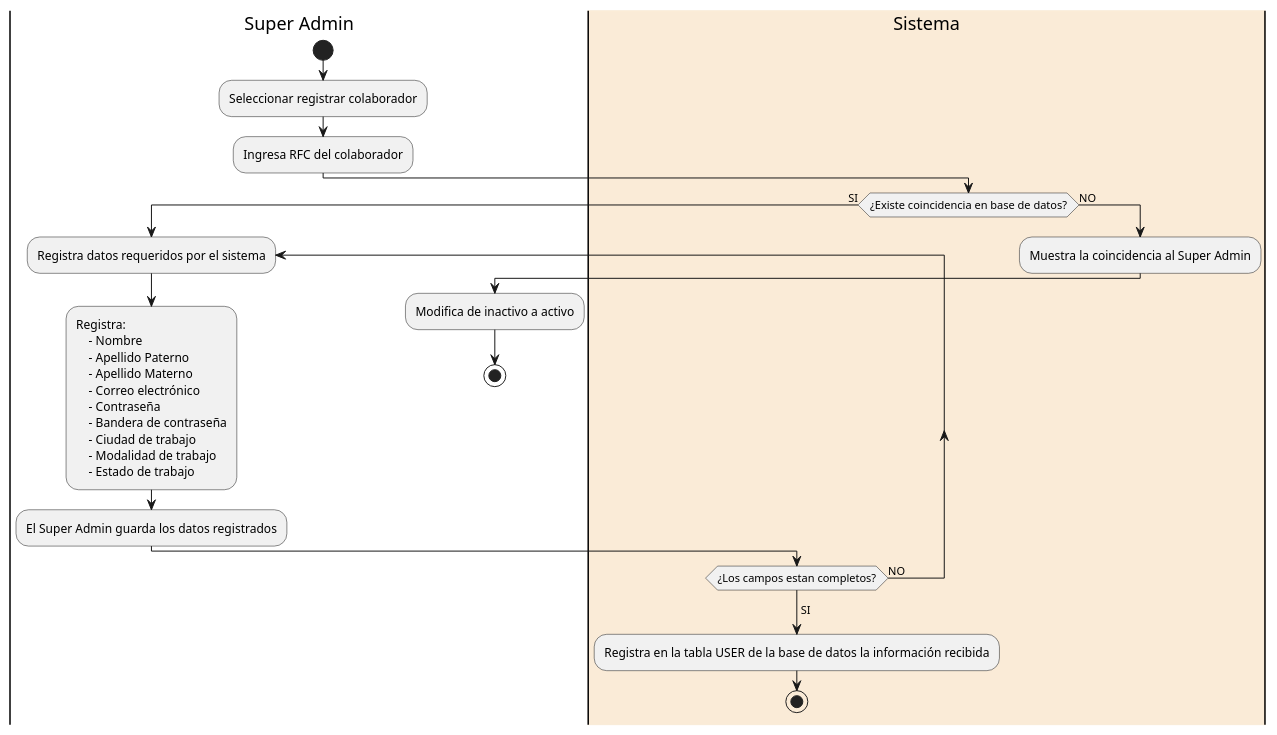
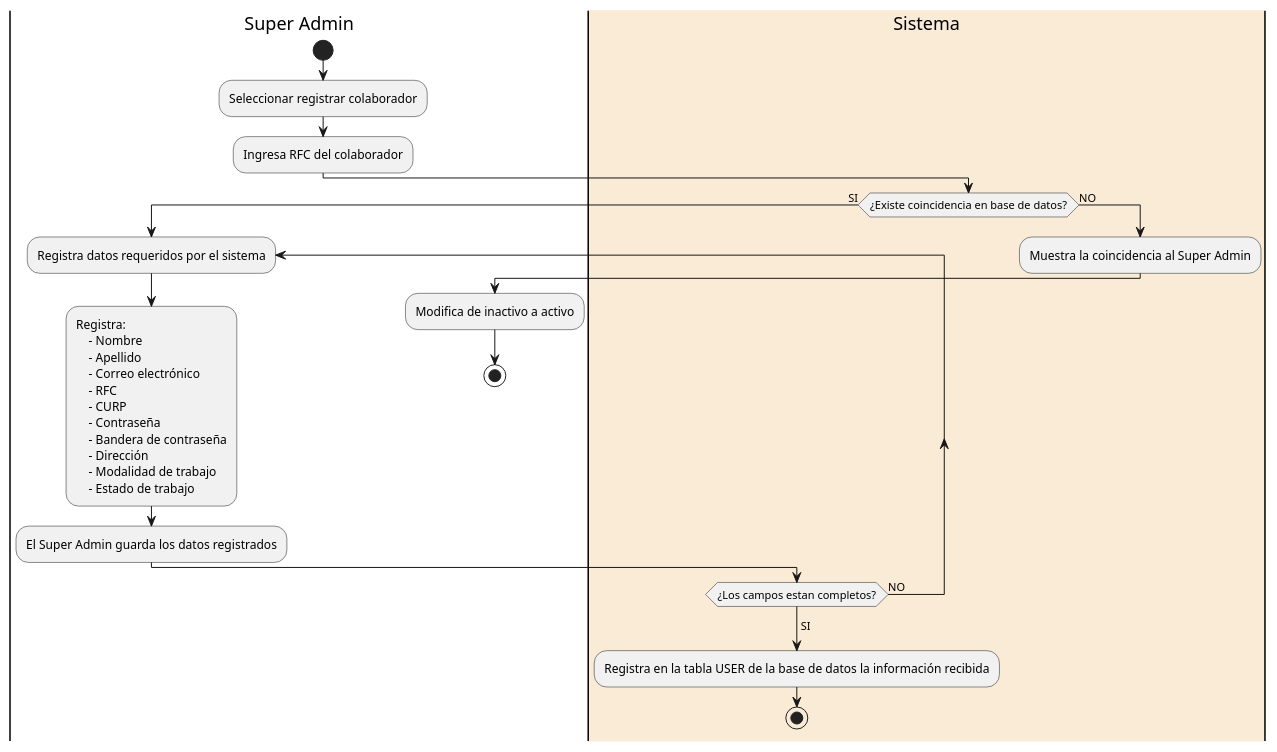
Before and after one commit to EdCanCe/WorkCells: the diagram in diagrams/CU02.puml, drawn with PlantUML.

Commit message:
Corrección CU02

```diff
--- a/diagrams/CU02.puml
+++ b/diagrams/CU02.puml
@@ -1,33 +1,34 @@
 @startuml CU02 - Superadmin registra alta de empleado
 |Super Admin|
 start
 :Seleccionar registrar colaborador;
 :Ingresa RFC del colaborador;
 |#AntiqueWhite|Sistema|
 if(¿Existe coincidencia en base de datos?) then 
 ->SI;
 |Super Admin|
 repeat:Registra datos requeridos por el sistema;
 :Registra:
     - Nombre    
-    - Apellido Paterno
-    - Apellido Materno
+    - Apellido
     - Correo electrónico
+    - RFC
+    - CURP
     - Contraseña
     - Bandera de contraseña
-    - Ciudad de trabajo
+    - Dirección
     - Modalidad de trabajo
     - Estado de trabajo;
 :El Super Admin guarda los datos registrados;
 |Sistema|
 repeat while (¿Los campos estan completos?) is (NO)
 ->SI;
 :Registra en la tabla USER de la base de datos la información recibida;
 stop
 else(NO)
 :Muestra la coincidencia al Super Admin;
 |Super Admin|
 :Modifica de inactivo a activo;
 stop
 
 @enduml
```
